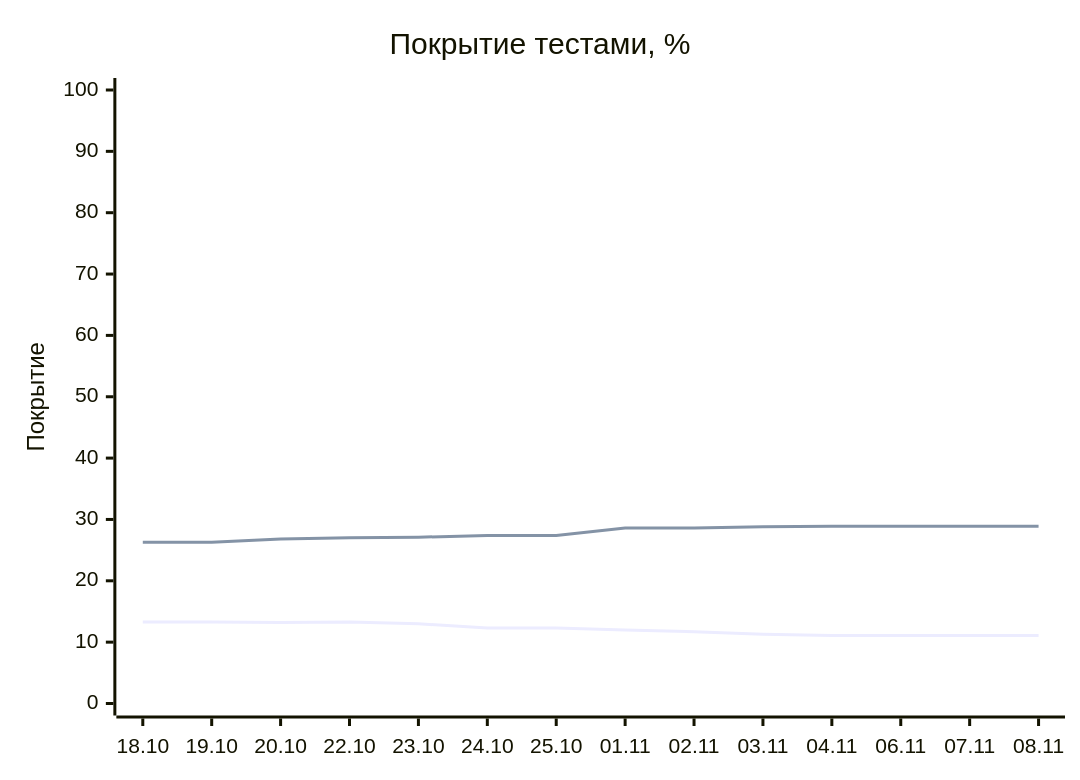
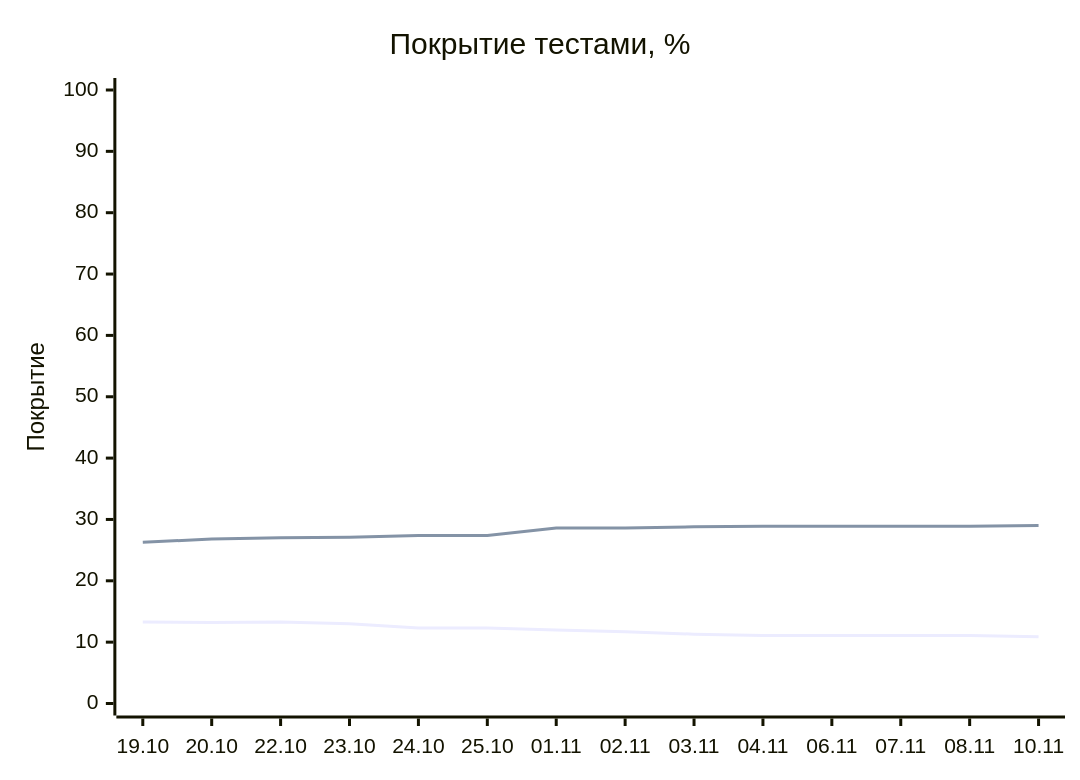
One commit to EvgeniBondarev/coverage-report changed the diagram in README.md. Above: the diagram before and after it, drawn with Mermaid. The commit also changed other lines of this file and 3376 other files, not shown here.

````diff
--- a/README.md
+++ b/README.md
@@ -19,8 +19,8 @@
 ```mermaid
 xychart-beta
     title "Покрытие тестами, %"
-    x-axis ["18.10", "19.10", "20.10", "22.10", "23.10", "24.10", "25.10", "01.11", "02.11", "03.11", "04.11", "06.11", "07.11", "08.11"]
+    x-axis ["19.10", "20.10", "22.10", "23.10", "24.10", "25.10", "01.11", "02.11", "03.11", "04.11", "06.11", "07.11", "08.11", "10.11"]
     y-axis "Покрытие" 0 --> 100
-    line [13.3, 13.3, 13.2, 13.3, 13, 12.3, 12.3, 12, 11.7, 11.3, 11.1, 11.1, 11.1, 11.1]
-    line [26.3, 26.3, 26.8, 27, 27.1, 27.4, 27.4, 28.6, 28.6, 28.8, 28.9, 28.9, 28.9, 28.9]
+    line [13.3, 13.2, 13.3, 13, 12.3, 12.3, 12, 11.7, 11.3, 11.1, 11.1, 11.1, 11.1, 10.9]
+    line [26.3, 26.8, 27, 27.1, 27.4, 27.4, 28.6, 28.6, 28.8, 28.9, 28.9, 28.9, 28.9, 29]
 ```
````
